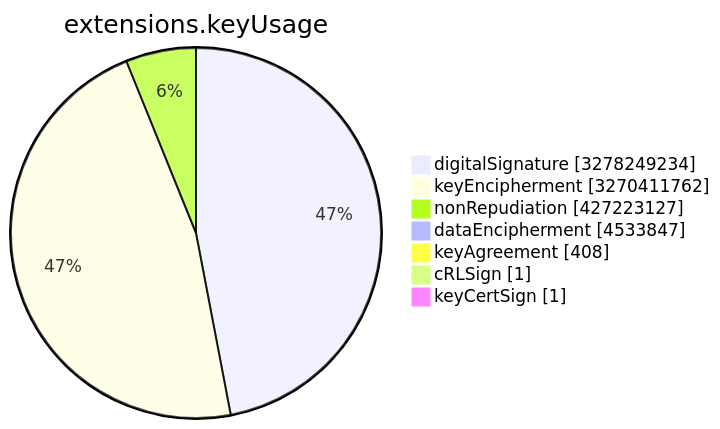
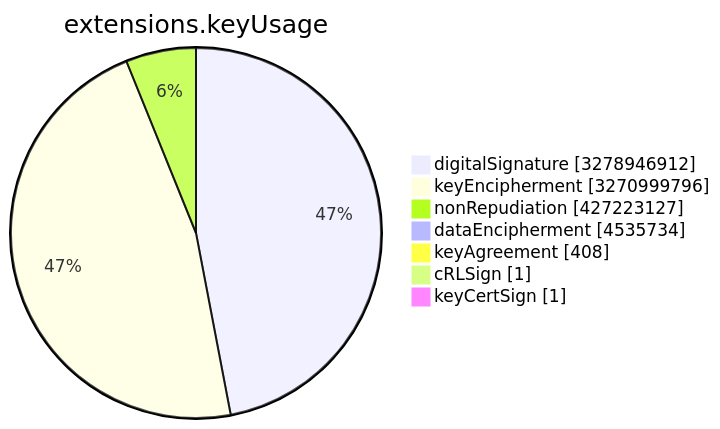
One commit to christiankrug/ctmonitor_visualization changed the sixth of 15 diagrams in TOTAL/README.md. Above: the diagram before and after it, drawn with Mermaid. The commit also changed other lines of this file, not shown here.

````diff
--- a/TOTAL/README.md
+++ b/TOTAL/README.md
@@ -3078,11 +3078,11 @@
 ```mermaid
 pie showData
 title extensions.keyUsage
-"digitalSignature" :3278249234
-"keyEncipherment" :3270411762
+"digitalSignature" :3278946912
+"keyEncipherment" :3270999796
 "nonRepudiation" :427223127
-"dataEncipherment" :4533847
+"dataEncipherment" :4535734
 "keyAgreement" :408
 "cRLSign" :1
 "keyCertSign" :1
 ```
````
